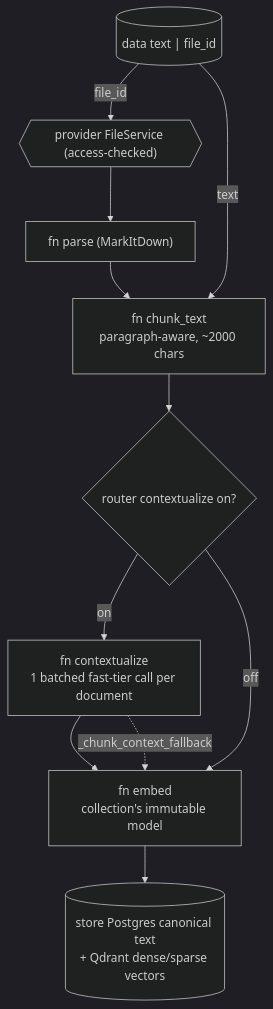
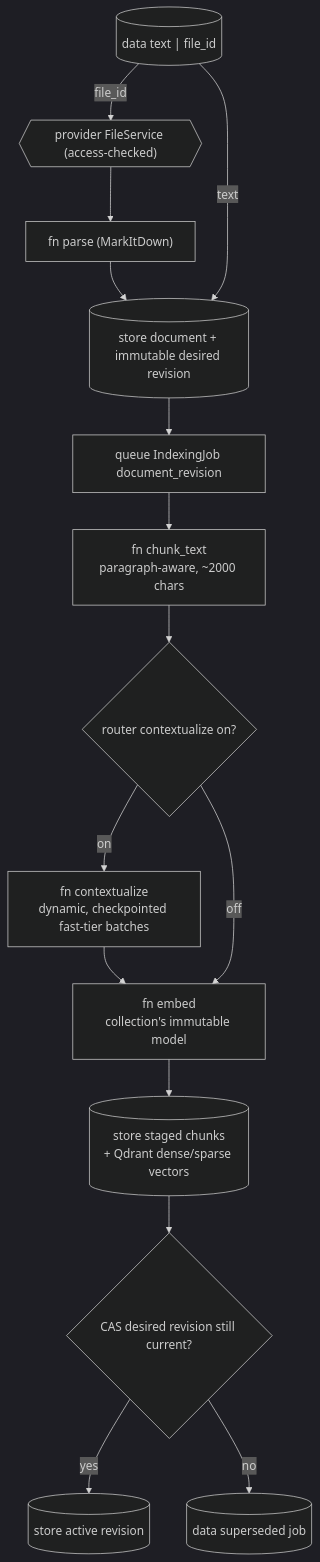
Before and after one commit to BZandi/inqtrix: the second of 5 diagrams in docs/architecture/knowledge-retrieval.md, drawn with Mermaid (dark theme). The commit also changed other lines of this file and 1064 other files, not shown here.

````diff
--- a/docs/architecture/knowledge-retrieval.md
+++ b/docs/architecture/knowledge-retrieval.md
@@ -50,19 +50,26 @@
 ```mermaid
 flowchart TD
     In[("data text | file_id")]
     File{{"provider FileService (access-checked)"}}
     Parse["fn parse (MarkItDown)"]
+    Reserve[("store document + immutable desired revision")]
+    Queue["queue IndexingJob document_revision"]
     Chunk["fn chunk_text<br/>paragraph-aware, ~2000 chars"]
     Ctx{"router contextualize on?"}
-    DoCtx["fn contextualize<br/>1 batched fast-tier call per document"]
+    DoCtx["fn contextualize<br/>dynamic, checkpointed fast-tier batches"]
     Embed["fn embed<br/>collection's immutable model"]
-    Store[("store Postgres canonical text<br/>+ Qdrant dense/sparse vectors")]
+    Stage[("store staged chunks<br/>+ Qdrant dense/sparse vectors")]
+    Publish{"CAS desired revision still current?"}
+    Active[("store active revision")]
+    Superseded[("data superseded job")]
 
-    In -->|"file_id"| File --> Parse --> Chunk
-    In -->|"text"| Chunk
+    In -->|"file_id"| File --> Parse --> Reserve
+    In -->|"text"| Reserve
+    Reserve --> Queue --> Chunk
     Chunk --> Ctx
     Ctx -->|"on"| DoCtx --> Embed
     Ctx -->|"off"| Embed
-    DoCtx -.->|"_chunk_context_fallback"| Embed
-    Embed --> Store
+    Embed --> Stage --> Publish
+    Publish -->|"yes"| Active
+    Publish -->|"no"| Superseded
 ```
````
